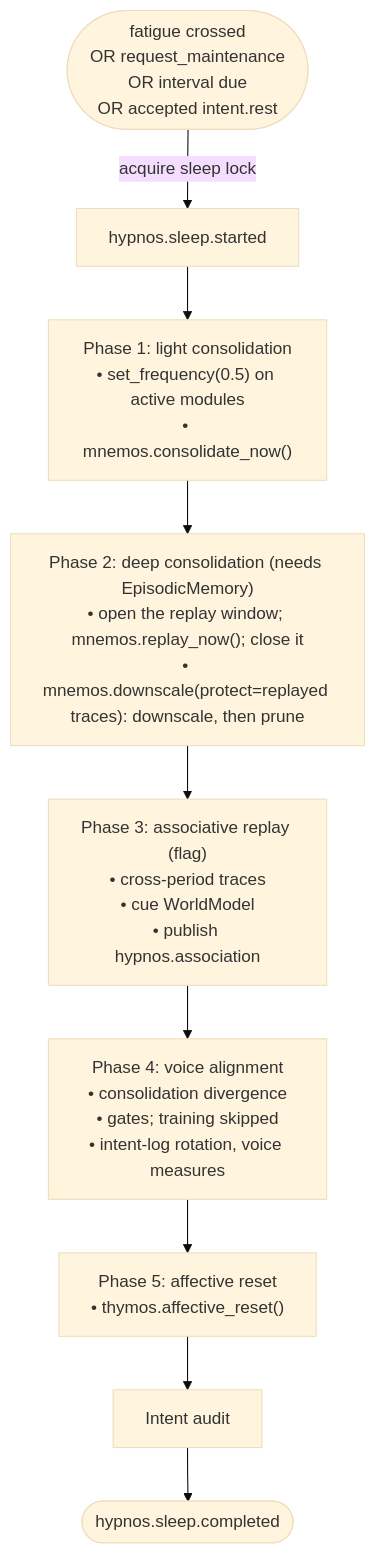
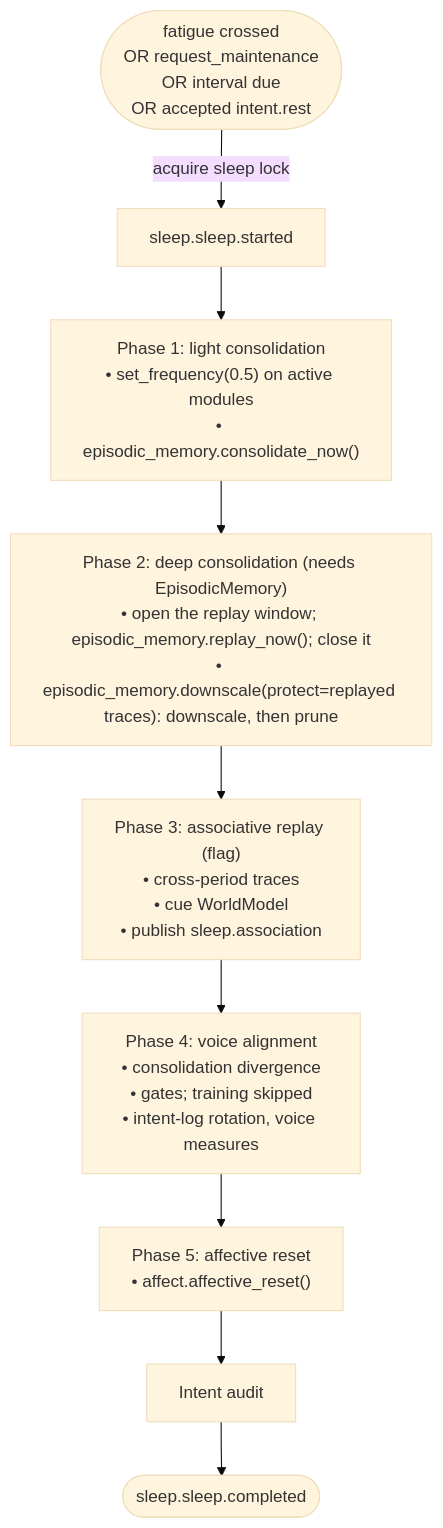
The diagram in docs/09-modules/sleep.md (kaineone/kaine), drawn with Mermaid (base theme) before and after one commit. The commit also changed other lines of this file and 967 other files, not shown here.

````diff
--- a/docs/09-modules/sleep.md
+++ b/docs/09-modules/sleep.md
@@ -46,16 +46,16 @@
 ```mermaid
 flowchart TD
-    S([fatigue crossed\nOR request_maintenance\nOR interval due\nOR accepted intent.rest]) -->|acquire sleep lock| ST[hypnos.sleep.started]
+    S([fatigue crossed\nOR request_maintenance\nOR interval due\nOR accepted intent.rest]) -->|acquire sleep lock| ST[sleep.sleep.started]
     ST --> P1
-    P1["Phase 1: light consolidation\n• set_frequency(0.5) on active modules\n• mnemos.consolidate_now()"]
+    P1["Phase 1: light consolidation\n• set_frequency(0.5) on active modules\n• episodic_memory.consolidate_now()"]
     P1 --> P2
-    P2["Phase 2: deep consolidation (needs EpisodicMemory)\n• open the replay window; mnemos.replay_now(); close it\n• mnemos.downscale(protect=replayed traces): downscale, then prune"]
+    P2["Phase 2: deep consolidation (needs EpisodicMemory)\n• open the replay window; episodic_memory.replay_now(); close it\n• episodic_memory.downscale(protect=replayed traces): downscale, then prune"]
     P2 --> P3
-    P3["Phase 3: associative replay (flag)\n• cross-period traces\n• cue WorldModel\n• publish hypnos.association"]
+    P3["Phase 3: associative replay (flag)\n• cross-period traces\n• cue WorldModel\n• publish sleep.association"]
     P3 --> P4
     P4["Phase 4: voice alignment\n• consolidation divergence\n• gates; training skipped\n• intent-log rotation, voice measures"]
     P4 --> P5
-    P5["Phase 5: affective reset\n• thymos.affective_reset()"]
+    P5["Phase 5: affective reset\n• affect.affective_reset()"]
     P5 --> R[Intent audit]
-    R --> E([hypnos.sleep.completed])
+    R --> E([sleep.sleep.completed])
 ```
````
